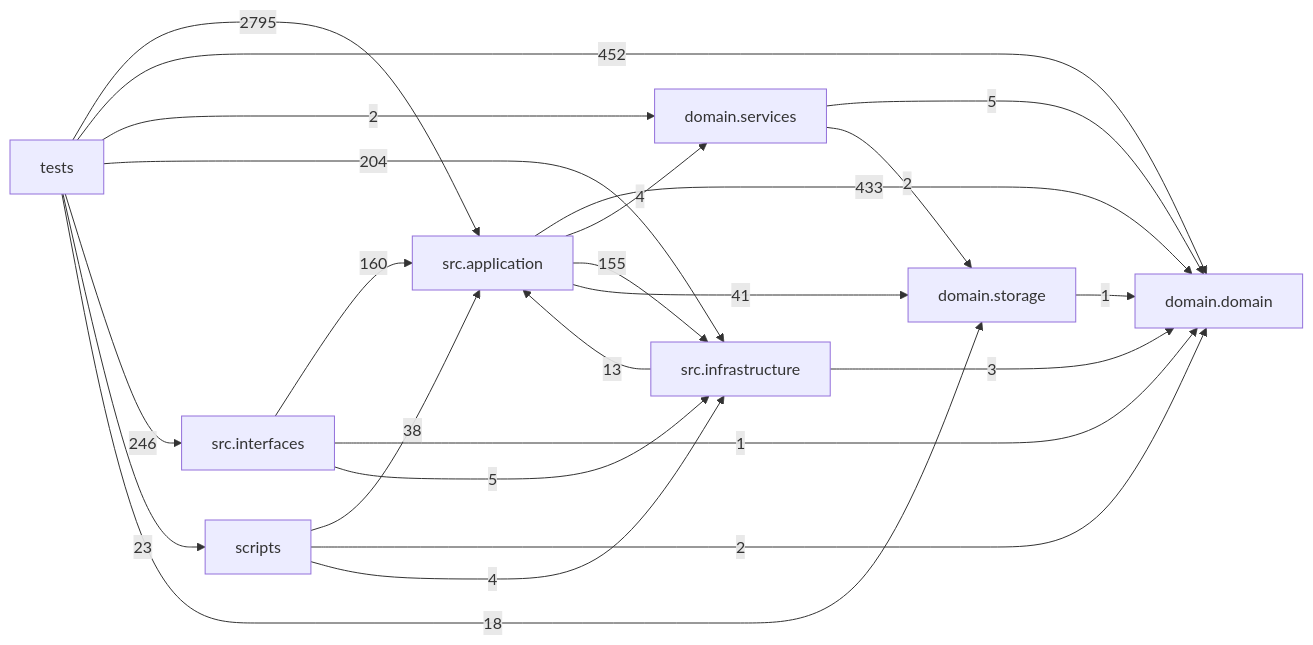
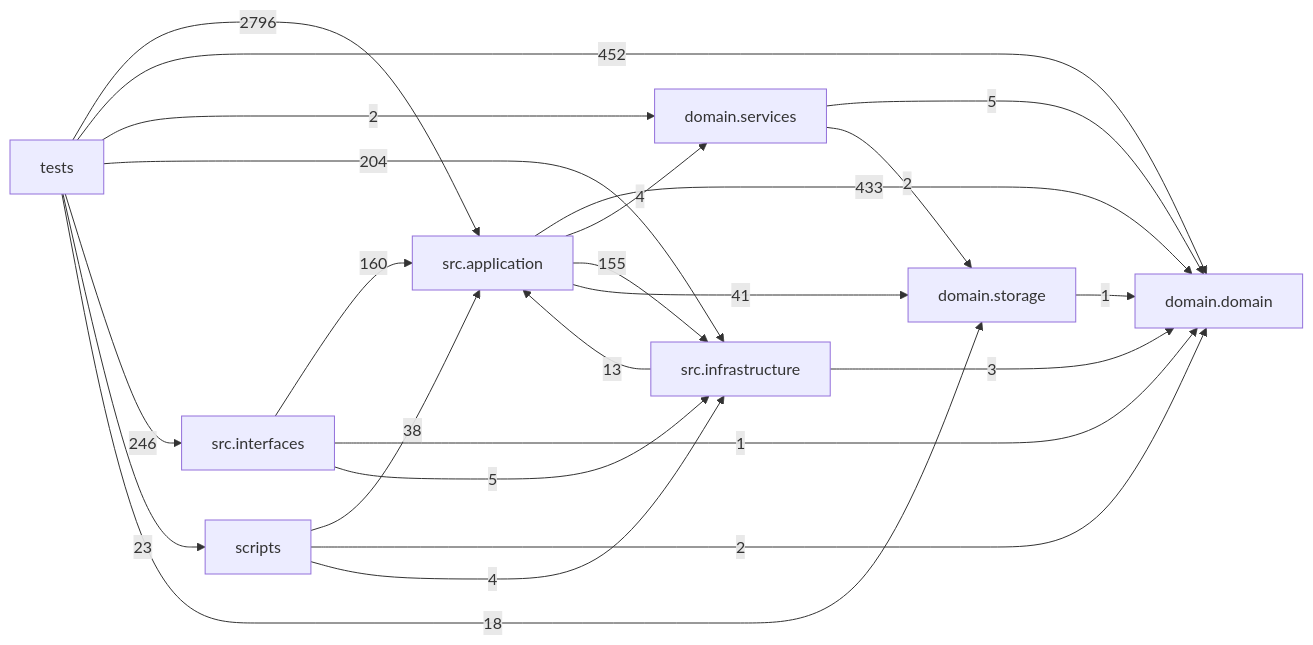
The diagram in docs/DEPENDENCY_GRAPH.md (liuxie066/options-monitor), drawn with Mermaid before and after one commit. The commit also changed other lines of this file, not shown here.

Commit message:
docs(graph): refresh dependency graph

````diff
--- a/docs/DEPENDENCY_GRAPH.md
+++ b/docs/DEPENDENCY_GRAPH.md
@@ -24,33 +24,33 @@
 ```mermaid
 flowchart LR
   tests["tests"]
   scripts["scripts"]
   interfaces["src.interfaces"]
   application["src.application"]
   infrastructure["src.infrastructure"]
   domain_services["domain.services"]
   domain["domain.domain"]
   storage["domain.storage"]
   application -->|433| domain
   application -->|4| domain_services
   application -->|155| infrastructure
   application -->|41| storage
   domain_services -->|5| domain
   domain_services -->|2| storage
   infrastructure -->|13| application
   infrastructure -->|3| domain
   interfaces -->|160| application
   interfaces -->|1| domain
   interfaces -->|5| infrastructure
   scripts -->|38| application
   scripts -->|2| domain
   scripts -->|4| infrastructure
   storage -->|1| domain
-  tests -->|2795| application
+  tests -->|2796| application
   tests -->|452| domain
   tests -->|2| domain_services
   tests -->|204| infrastructure
   tests -->|246| interfaces
   tests -->|23| scripts
   tests -->|18| storage
 ```
````
